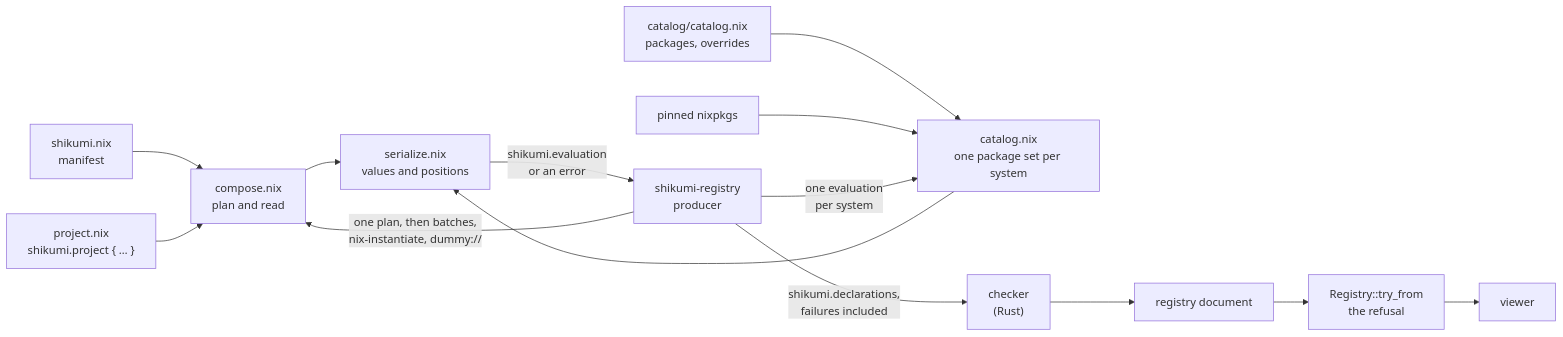
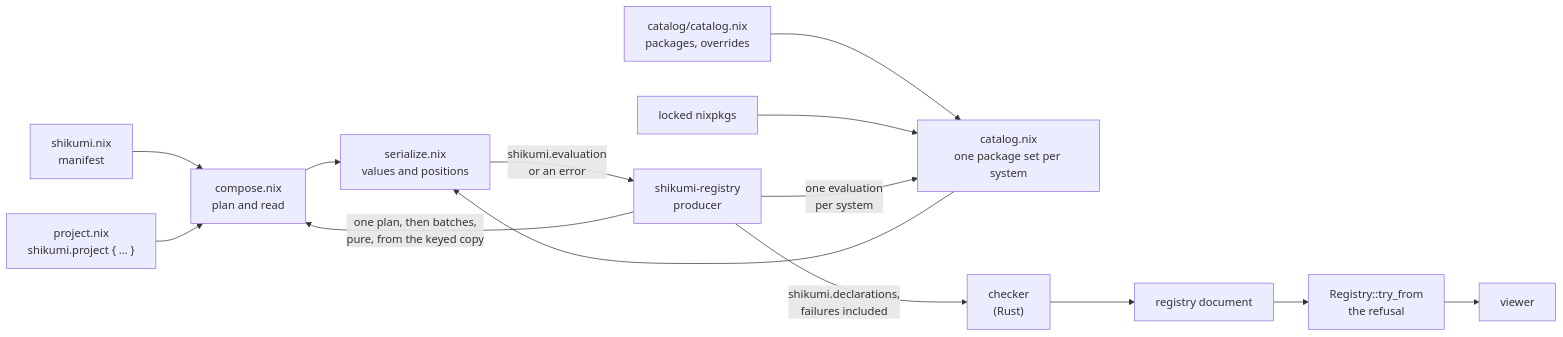
The second of 2 diagrams in docs/explanation/architecture.md (feltfomo/shikumi), drawn with Mermaid before and after one commit. The commit also changed other lines of this file and 170 other files, not shown here.

````diff
--- a/docs/explanation/architecture.md
+++ b/docs/explanation/architecture.md
@@ -50,16 +51,16 @@
 ```mermaid
 graph LR
   manifest["shikumi.nix<br/>manifest"] --> compose["compose.nix<br/>plan and read"]
   decl["project.nix<br/>shikumi.project { … }"] --> compose
   catalogfile["catalog/catalog.nix<br/>packages, overrides"] --> catalog["catalog.nix<br/>one package set per system"]
-  nixpkgs["pinned nixpkgs"] --> catalog
+  nixpkgs["locked nixpkgs"] --> catalog
   compose --> serialize["serialize.nix<br/>values and positions"]
   catalog --> serialize
-  produce["shikumi-registry<br/>producer"] -->|"one plan, then batches,<br/>nix-instantiate, dummy://"| compose
+  produce["shikumi-registry<br/>producer"] -->|"one plan, then batches,<br/>pure, from the keyed copy"| compose
   produce -->|"one evaluation<br/>per system"| catalog
   serialize -->|"shikumi.evaluation<br/>or an error"| produce
   produce -->|"shikumi.declarations,<br/>failures included"| checker["checker<br/>(Rust)"]
   checker --> doc["registry document"]
   doc --> refusal["Registry::try_from<br/>the refusal"]
   refusal --> viewer["viewer"]
 ```
````
